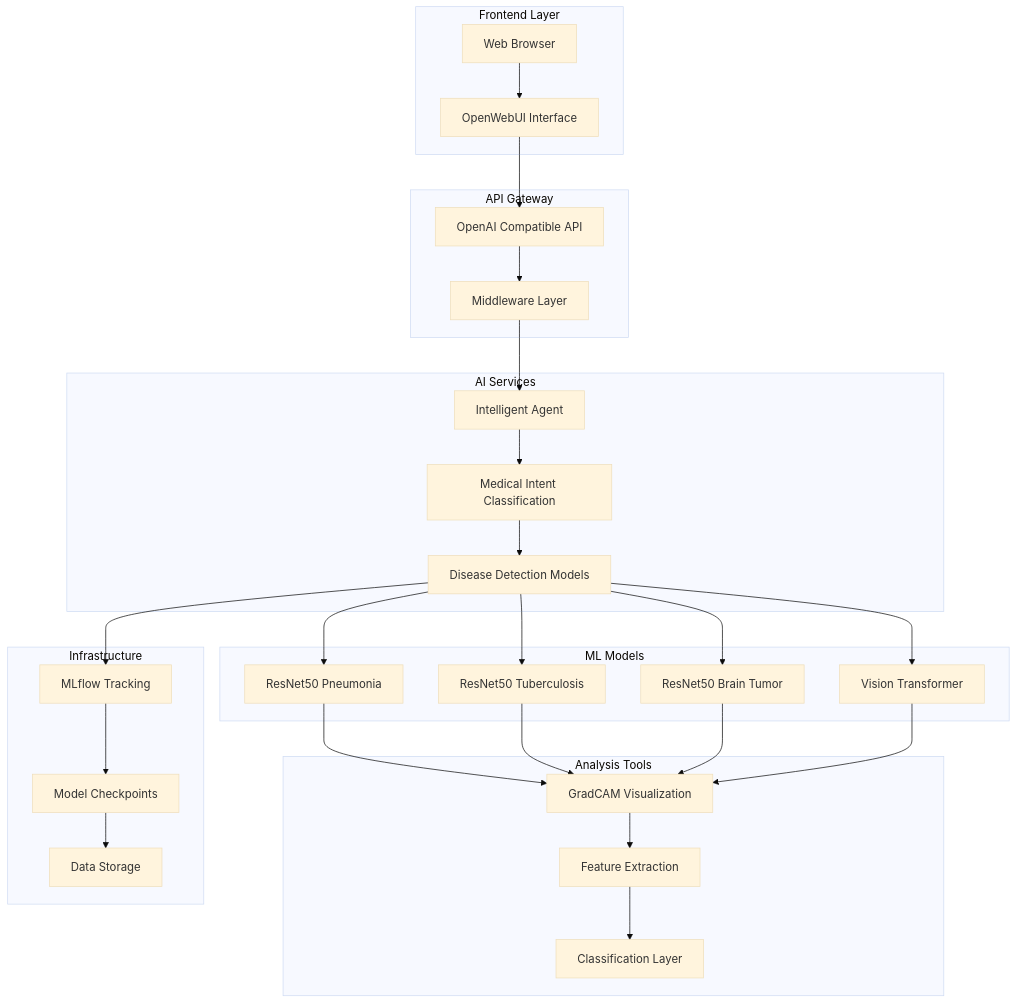
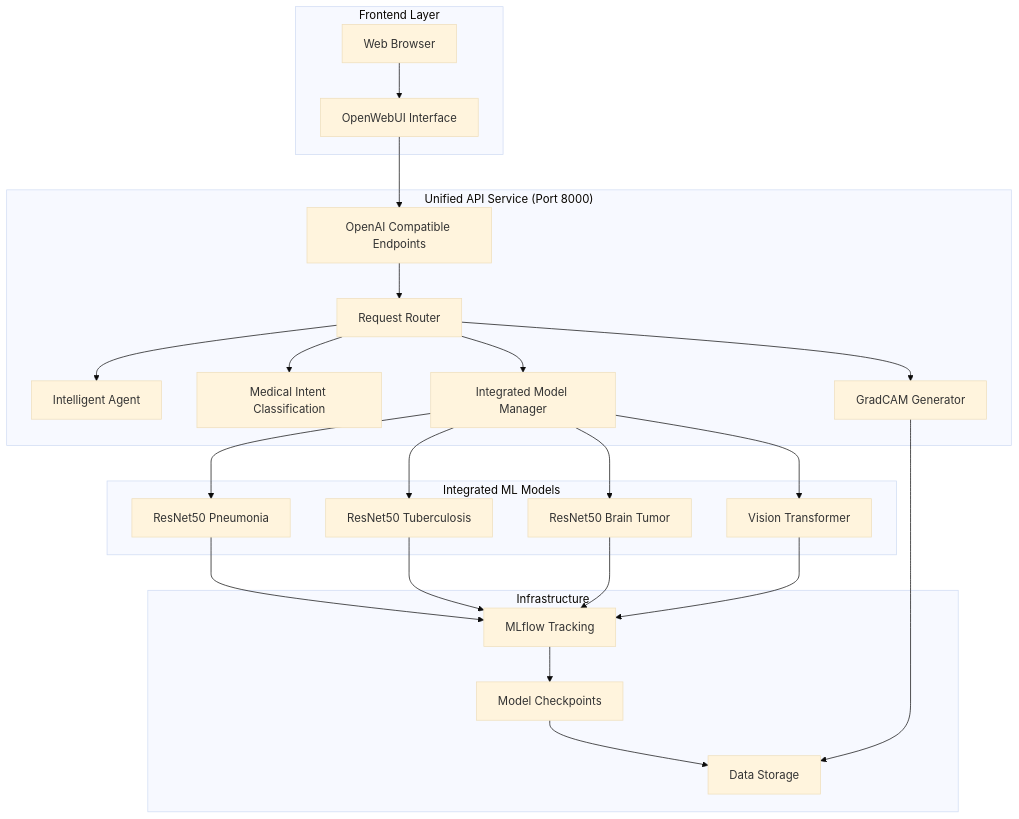
The diagram in README.md (sriharshapy/openMed), drawn with Mermaid (base theme) before and after one commit. The commit also changed other lines of this file and 1 other file, not shown here.

````diff
--- a/README.md
+++ b/README.md
@@ -139,57 +139,48 @@
 ```mermaid
 graph TB
     subgraph "Frontend Layer"
         A[OpenWebUI Interface]
         B[Web Browser]
     end
     
-    subgraph "API Gateway"
-        C[OpenAI Compatible API]
-        D[Middleware Layer]
+    subgraph "Unified API Service (Port 8000)"
+        C[OpenAI Compatible Endpoints]
+        D[Request Router]
+        E[Intelligent Agent]
+        F[Medical Intent Classification]
+        G[Integrated Model Manager]
+        L[GradCAM Generator]
     end
     
-    subgraph "AI Services"
-        E[Intelligent Agent]
-        F[Medical Intent Classification]
-        G[Disease Detection Models]
-    end
-    
-    subgraph "ML Models"
+    subgraph "Integrated ML Models"
         H[ResNet50 Pneumonia]
         I[ResNet50 Tuberculosis]
         J[ResNet50 Brain Tumor]
         K[Vision Transformer]
-    end
-    
-    subgraph "Analysis Tools"
-        L[GradCAM Visualization]
-        M[Feature Extraction]
-        N[Classification Layer]
     end
     
     subgraph "Infrastructure"
         O[MLflow Tracking]
         P[Model Checkpoints]
         Q[Data Storage]
     end
     
     B --> A
     A --> C
     C --> D
     D --> E
-    E --> F
-    F --> G
+    D --> F
+    D --> G
+    D --> L
     G --> H
     G --> I
     G --> J
     G --> K
-    H --> L
-    I --> L
-    J --> L
-    K --> L
-    L --> M
-    M --> N
-    G --> O
+    H --> O
+    I --> O
+    J --> O
+    K --> O
     O --> P
     P --> Q
+    L --> Q
 ```
````
